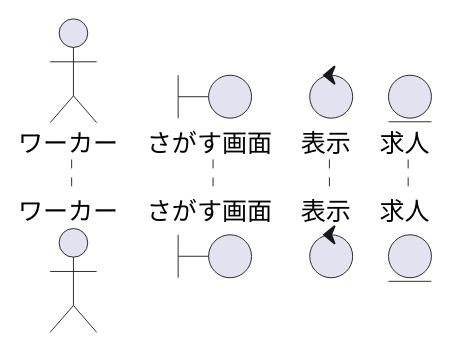
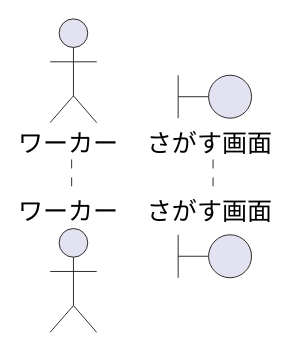
Before and after one commit to irukacb256/high_Me: the diagram in sequence_fig/2_search_fn/03_求人のお気に入りを設定する.pu, drawn with PlantUML. The commit also changed 23 other files, not shown here.

```diff
--- a/sequence_fig/2_search_fn/03_求人のお気に入りを設定する.pu
+++ b/sequence_fig/2_search_fn/03_求人のお気に入りを設定する.pu
@@ -1,12 +1,10 @@
 @startuml 求人のお気に入り設定をする
 
 ' 1
 actor ワーカー as wo1
 boundary さがす画面 as sc1
 
-control 表示 as co1
 
-entity 求人
 
 
 @enduml
```
